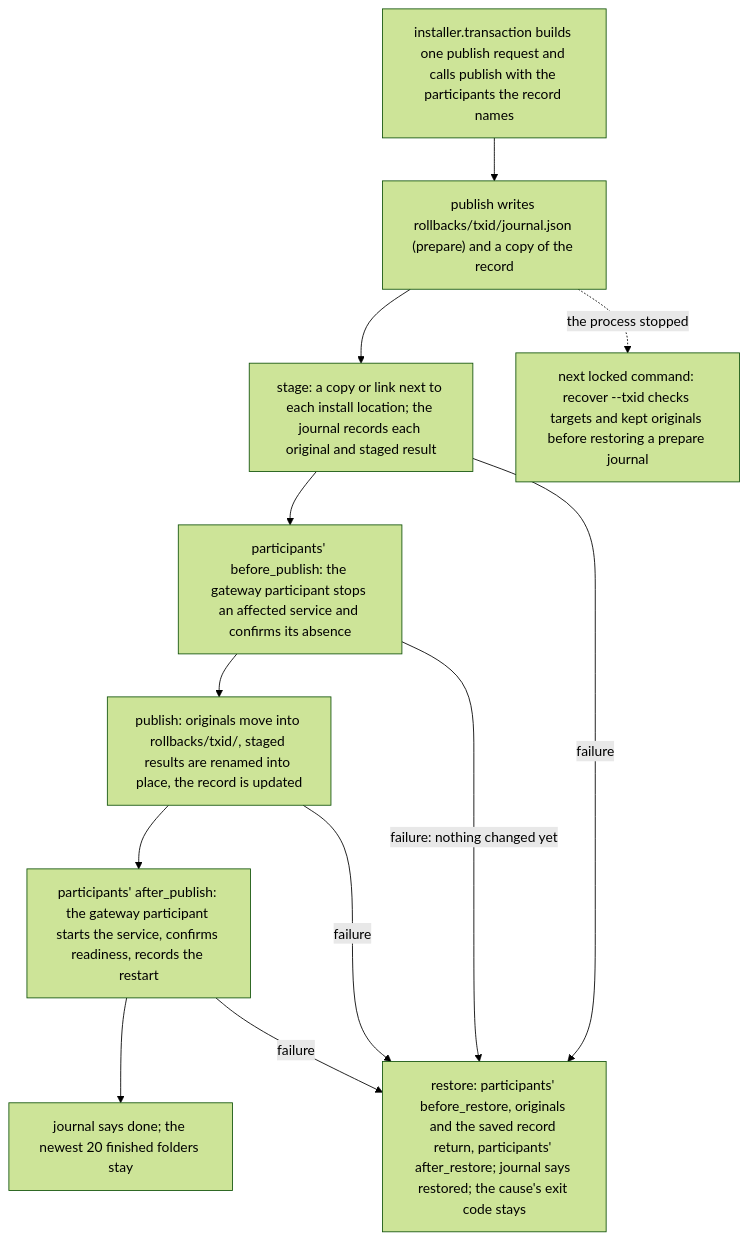
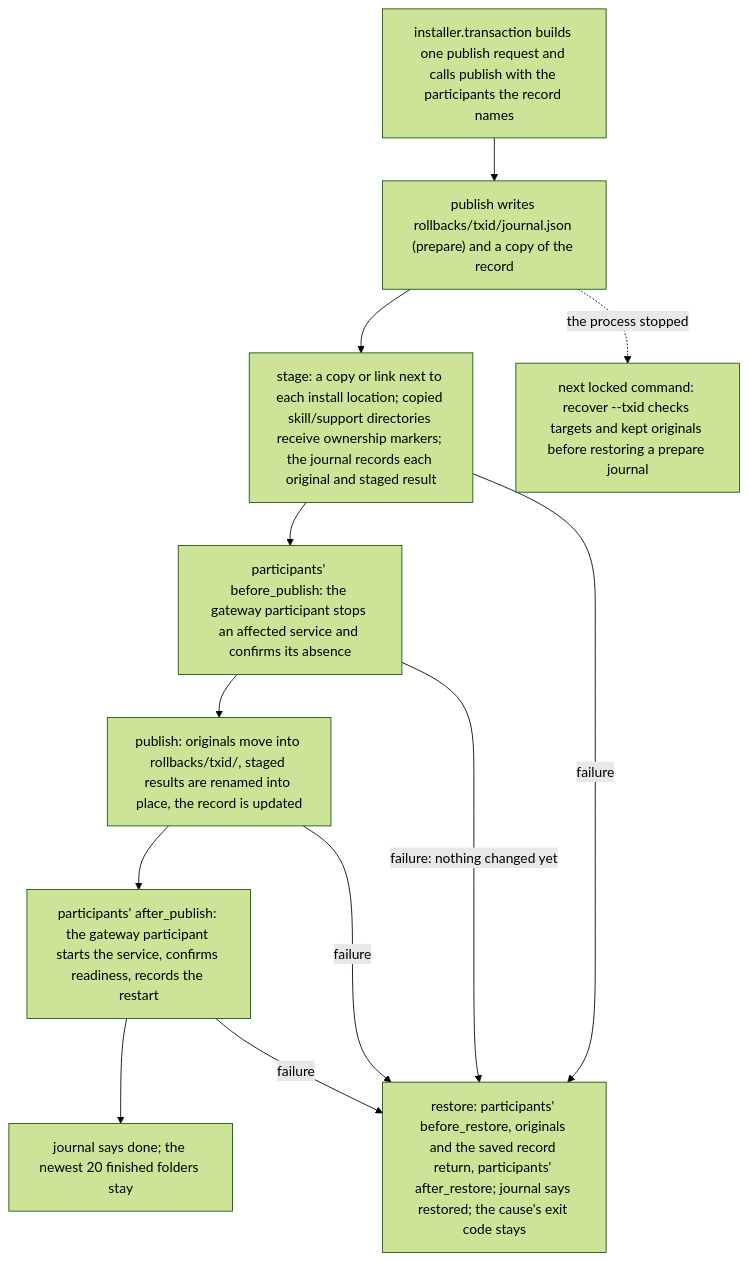
The first of 2 diagrams in docs/reference/installer-architecture.md (AidALL/ghost-alice), drawn with Mermaid (forest theme) before and after one commit. The commit also changed other lines of this file and 69 other files, not shown here.

````diff
--- a/docs/reference/installer-architecture.md
+++ b/docs/reference/installer-architecture.md
@@ -114,18 +114,18 @@
 ```mermaid
 flowchart TB
     REQ["installer.transaction builds one publish request and calls publish with the participants the record names"]
     JR["publish writes rollbacks/txid/journal.json (prepare) and a copy of the record"]
-    ST["stage: a copy or link next to each install location; the journal records each original and staged result"]
+    ST["stage: a copy or link next to each install location; copied skill/support directories receive ownership markers; the journal records each original and staged result"]
     BEF["participants' before_publish: the gateway participant stops an affected service and confirms its absence"]
     PUB["publish: originals move into rollbacks/txid/, staged results are renamed into place, the record is updated"]
     AFT["participants' after_publish: the gateway participant starts the service, confirms readiness, records the restart"]
     DONE["journal says done; the newest 20 finished folders stay"]
     RS["restore: participants' before_restore, originals and the saved record return, participants' after_restore; journal says restored; the cause's exit code stays"]
     NEXT["next locked command: recover --txid checks targets and kept originals before restoring a prepare journal"]
     REQ --> JR --> ST --> BEF --> PUB --> AFT --> DONE
     ST -->|"failure"| RS
     BEF -->|"failure: nothing changed yet"| RS
     PUB -->|"failure"| RS
     AFT -->|"failure"| RS
     JR -.->|"the process stopped"| NEXT
 ```
````
